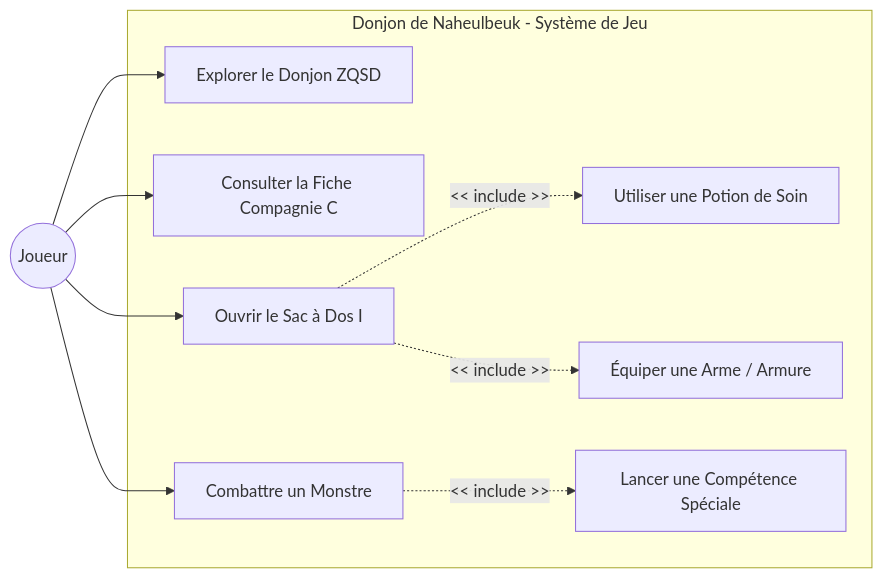
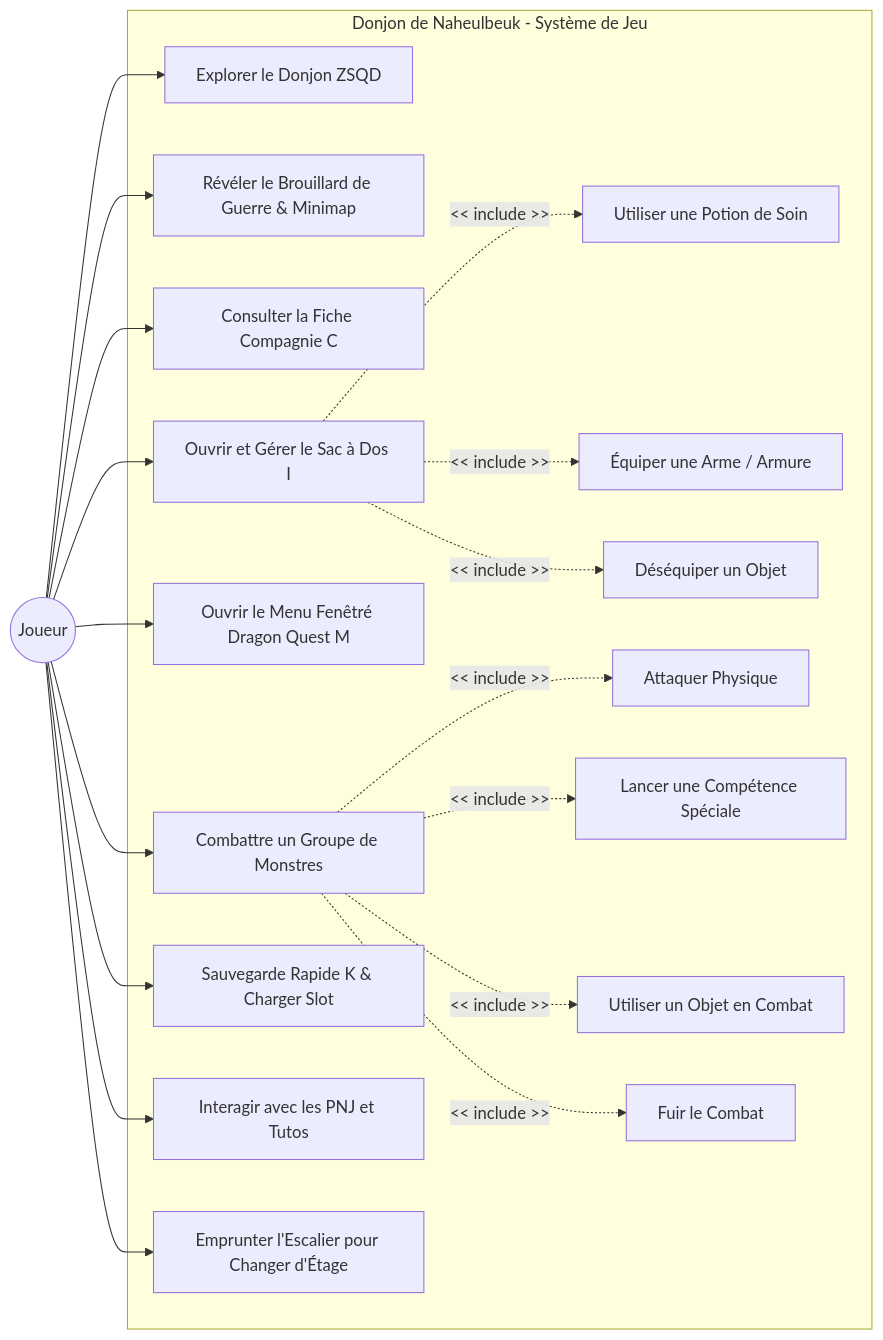
Before and after one commit to Edsaje/Donjon_de_Naheulbeuk_Fan_Game: the first of 2 diagrams in README.md, drawn with Mermaid. The commit also changed other lines of this file and 114 other files, not shown here.

Commit message:
docs: mise a jour complete de la Javadoc et du README avec diagrammes UML Mermaid exhaustifs (Use Case et Class Diagram)

````diff
--- a/README.md
+++ b/README.md
@@ -18,23 +23,41 @@
 ```mermaid
 flowchart LR
     Joueur((Joueur))
 
     subgraph JeuDonjon["Donjon de Naheulbeuk - Système de Jeu"]
-        UC1[Explorer le Donjon ZQSD]
-        UC2[Consulter la Fiche Compagnie C]
-        UC3[Ouvrir le Sac à Dos I]
-        UC4[Utiliser une Potion de Soin]
-        UC5[Équiper une Arme / Armure]
-        UC6[Combattre un Monstre]
-        UC7[Lancer une Compétence Spéciale]
+        UC1[Explorer le Donjon ZSQD]
+        UC2[Révéler le Brouillard de Guerre & Minimap]
+        UC3[Consulter la Fiche Compagnie C]
+        UC4[Ouvrir et Gérer le Sac à Dos I]
+        UC5[Utiliser une Potion de Soin]
+        UC6[Équiper une Arme / Armure]
+        UC7[Déséquiper un Objet]
+        UC8[Ouvrir le Menu Fenêtré Dragon Quest M]
+        UC9[Combattre un Groupe de Monstres]
+        UC10[Attaquer Physique]
+        UC11[Lancer une Compétence Spéciale]
+        UC12[Utiliser un Objet en Combat]
+        UC13[Fuir le Combat]
+        UC14[Sauvegarde Rapide K & Charger Slot]
+        UC15[Interagir avec les PNJ et Tutos]
+        UC16[Emprunter l'Escalier pour Changer d'Étage]
     end
 
     Joueur --> UC1
     Joueur --> UC2
     Joueur --> UC3
-    Joueur --> UC6
+    Joueur --> UC4
+    Joueur --> UC8
+    Joueur --> UC9
+    Joueur --> UC14
+    Joueur --> UC15
+    Joueur --> UC16
 
-    UC3 -.->|<< include >>| UC4
-    UC3 -.->|<< include >>| UC5
-    UC6 -.->|<< include >>| UC7
+    UC4 -.->|<< include >>| UC5
+    UC4 -.->|<< include >>| UC6
+    UC4 -.->|<< include >>| UC7
+    UC9 -.->|<< include >>| UC10
+    UC9 -.->|<< include >>| UC11
+    UC9 -.->|<< include >>| UC12
+    UC9 -.->|<< include >>| UC13
 ```
````
